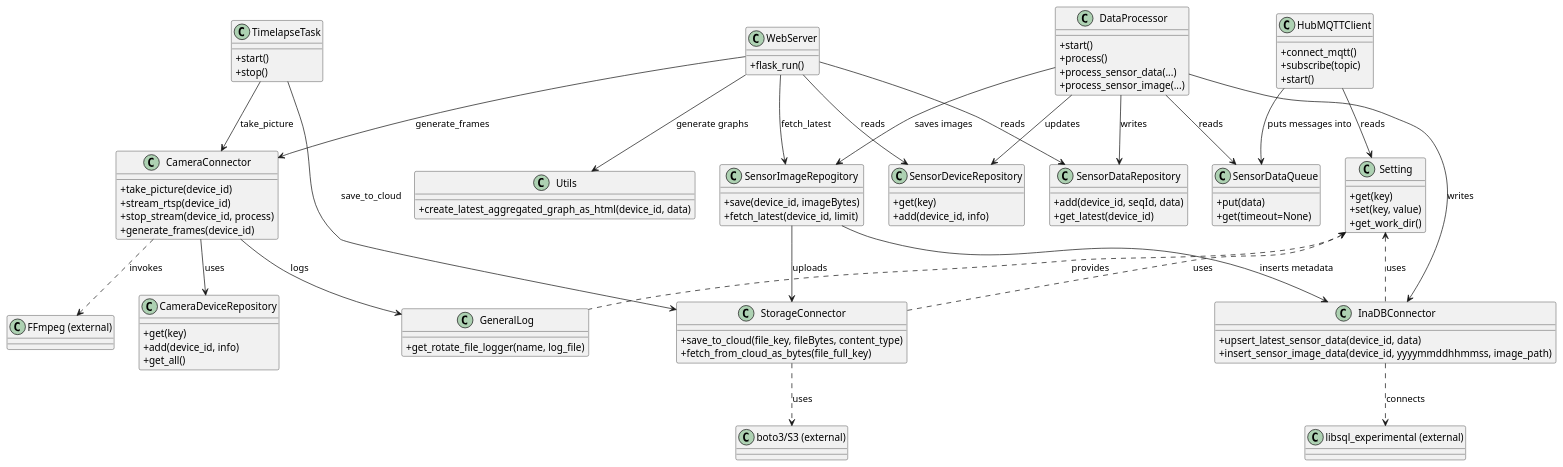
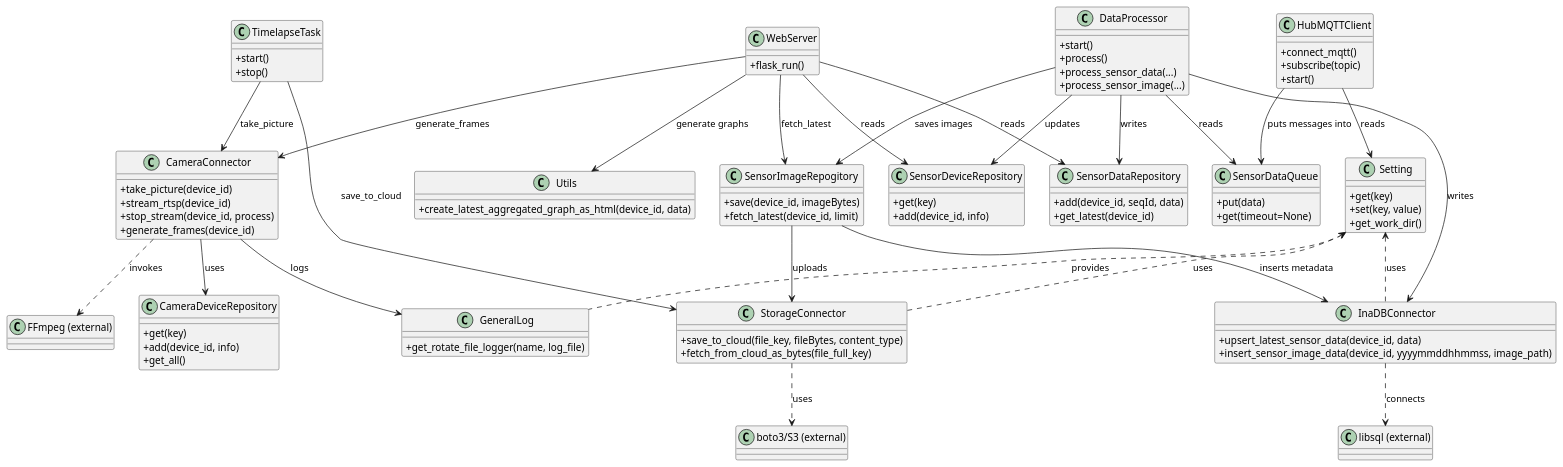
The diagram in doc/spec/components/class_diagram.puml (inastechnology/inas-device-hub), drawn with PlantUML before and after one commit. The commit also changed 5 other files, not shown here.

```diff
--- a/doc/spec/components/class_diagram.puml
+++ b/doc/spec/components/class_diagram.puml
@@ -1,117 +1,117 @@
 @startuml
 ' Class diagram for ina-device-hub (simplified)
 skinparam classAttributeIconSize 0
 
 class Setting {
   +get(key)
   +set(key, value)
   +get_work_dir()
 }
 
 class GeneralLog {
   +get_rotate_file_logger(name, log_file)
 }
 
 class CameraDeviceRepository {
   +get(key)
   +add(device_id, info)
   +get_all()
 }
 
 class CameraConnector {
   +take_picture(device_id)
   +stream_rtsp(device_id)
   +stop_stream(device_id, process)
   +generate_frames(device_id)
 }
 
 class HubMQTTClient {
   +connect_mqtt()
   +subscribe(topic)
   +start()
 }
 
 class SensorDataQueue {
   +put(data)
   +get(timeout=None)
 }
 
 class SensorDeviceRepository {
   +get(key)
   +add(device_id, info)
 }
 
 class DataProcessor {
   +start()
   +process()
   +process_sensor_data(...)
   +process_sensor_image(...)
 }
 
 class InaDBConnector {
   +upsert_latest_sensor_data(device_id, data)
   +insert_sensor_image_data(device_id, yyyymmddhhmmss, image_path)
 }
 
 class SensorDataRepository {
   +add(device_id, seqId, data)
   +get_latest(device_id)
 }
 
 class SensorImageRepogitory {
   +save(device_id, imageBytes)
   +fetch_latest(device_id, limit)
 }
 
 class StorageConnector {
   +save_to_cloud(file_key, fileBytes, content_type)
   +fetch_from_cloud_as_bytes(file_full_key)
 }
 
 class TimelapseTask {
   +start()
   +stop()
 }
 
 class WebServer {
   +flask_run()
 }
 
 class Utils {
   +create_latest_aggregated_graph_as_html(device_id, data)
 }
 
 ' relationships (uses / aggregation)
 Setting <.. GeneralLog : provides
 Setting <.. InaDBConnector : uses
 Setting <.. StorageConnector : uses
 
 CameraConnector --> CameraDeviceRepository : uses
 CameraConnector --> GeneralLog : logs
 CameraConnector ..> "FFmpeg (external)" : invokes
 
 HubMQTTClient --> SensorDataQueue : puts messages into
 HubMQTTClient --> Setting : reads
 
 DataProcessor --> SensorDataQueue : reads
 DataProcessor --> SensorDeviceRepository : updates
 DataProcessor --> SensorDataRepository : writes
 DataProcessor --> SensorImageRepogitory : saves images
 DataProcessor --> InaDBConnector : writes
 
 SensorImageRepogitory --> StorageConnector : uploads
 SensorImageRepogitory --> InaDBConnector : inserts metadata
 
 TimelapseTask --> CameraConnector : take_picture
 TimelapseTask --> StorageConnector : save_to_cloud
 
 WebServer --> CameraConnector : generate_frames
 WebServer --> SensorDeviceRepository : reads
 WebServer --> SensorDataRepository : reads
 WebServer --> SensorImageRepogitory : fetch_latest
 WebServer --> Utils : generate graphs
 
-InaDBConnector ..> "libsql_experimental (external)" : connects
+InaDBConnector ..> "libsql (external)" : connects
 StorageConnector ..> "boto3/S3 (external)" : uses
 
 @enduml
```
